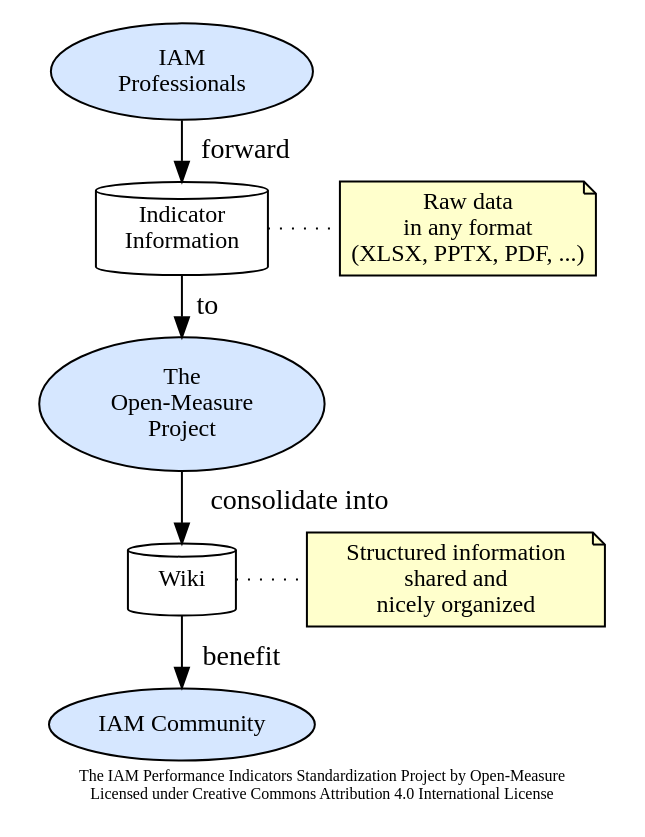
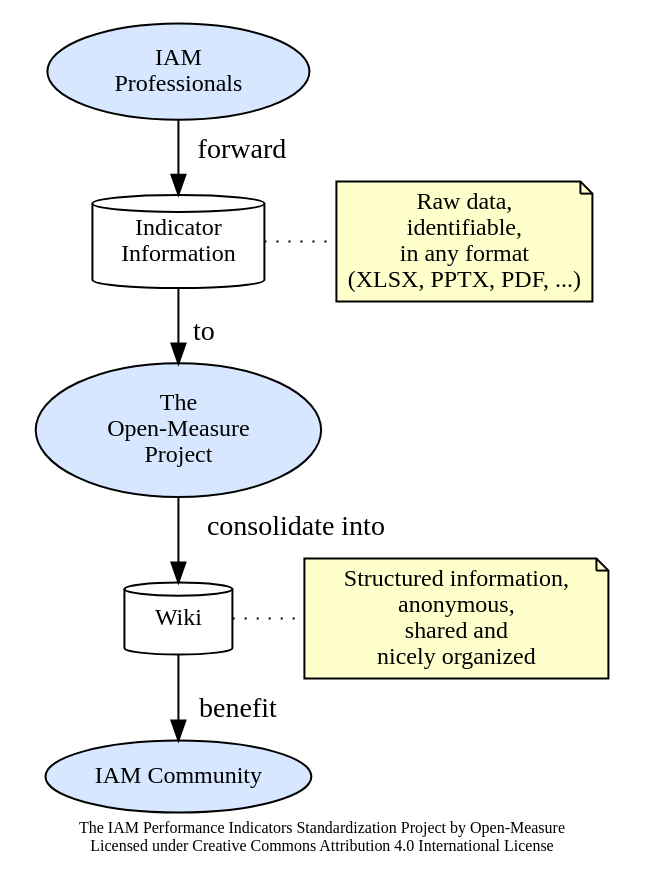
One commit to Open-Measure/Graphviz-Models changed the diagram in Indicators/project.gv. Above: the diagram before and after it, drawn with Graphviz.

```diff
--- a/Indicators/project.gv
+++ b/Indicators/project.gv
@@ -1,44 +1,44 @@
 digraph G {
 	rankdir="TB";
 	ranksep="0";
 	splines="curve";
 	newrank=true;
 	packmode="clust";
 	compound=true;
 	fontname="Calibri";
 	label="The IAM Performance Indicators Standardization Project by Open-Measure\nLicensed under Creative Commons Attribution 4.0 International License";
 	fontsize=8;
 	node[shape="ellipse", fontsize=12, fillcolor="#d6e7ff", style="filled", fontname="Calibri"];
 	edge[fontname="Calibri", minlen="1"];
 
 	n_iam_pro [label="IAM\nProfessionals"];
 	n_iam_pro -> n_raw_data [weight=10, label="  forward  "];
 
 	n_raw_data [label="Indicator\nInformation", shape="cylinder", fillcolor="#ffffff"];
 	n_raw_data -> n_open_measure [weight=10, label="  to  "];
 
-	n_raw_note [label="Raw data\nin any format\n(XLSX, PPTX, PDF, ...)", shape="note", fillcolor="#ffffcc"];
+	n_raw_note [label="Raw data,\nidentifiable,\nin any format\n(XLSX, PPTX, PDF, ...)", shape="note", fillcolor="#ffffcc"];
 
 	n_open_measure [label="The\nOpen-Measure\nProject"];
 	n_open_measure -> n_wiki [weight=10, label="  consolidate into  "];
 
 	n_wiki [label="Wiki", shape="cylinder", fillcolor="#ffffff"];
 	n_wiki -> n_community [weight=10, label="  benefit  "];
 
-	n_wiki_note [label="Structured information\nshared and\nnicely organized", shape="note", fillcolor="#ffffcc"];
+	n_wiki_note [label="Structured information,\nanonymous,\nshared and\nnicely organized", shape="note", fillcolor="#ffffcc"];
 
 	n_community [label="IAM Community"];
 
 
 	# DOTTED LINES
 	n_raw_data -> n_raw_note [weight=10, label="" style="dotted" dir="none"];
 	n_wiki -> n_wiki_note [weight=10, label="" style="dotted" dir="none"];
 
 	# INVISIBLE LINES
 	# n_validated -> n_verified [weight=10, label="" style="invis" dir="none"];
 
   # RANKS
 	{rank=same; n_raw_data; n_raw_note;}
 	{rank=same; n_wiki; n_wiki_note;}
 
 }
```
